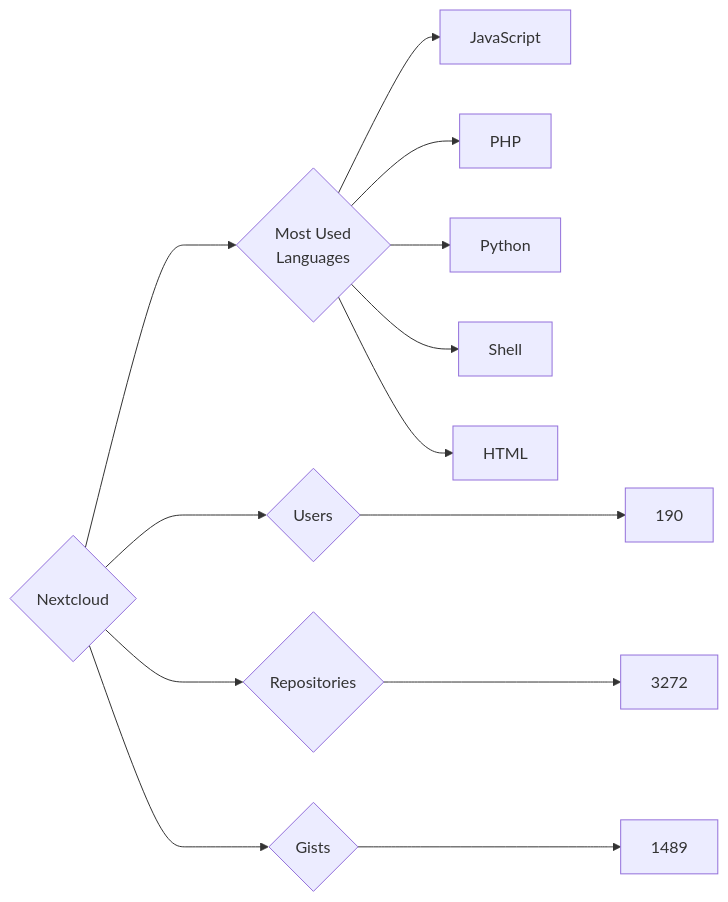
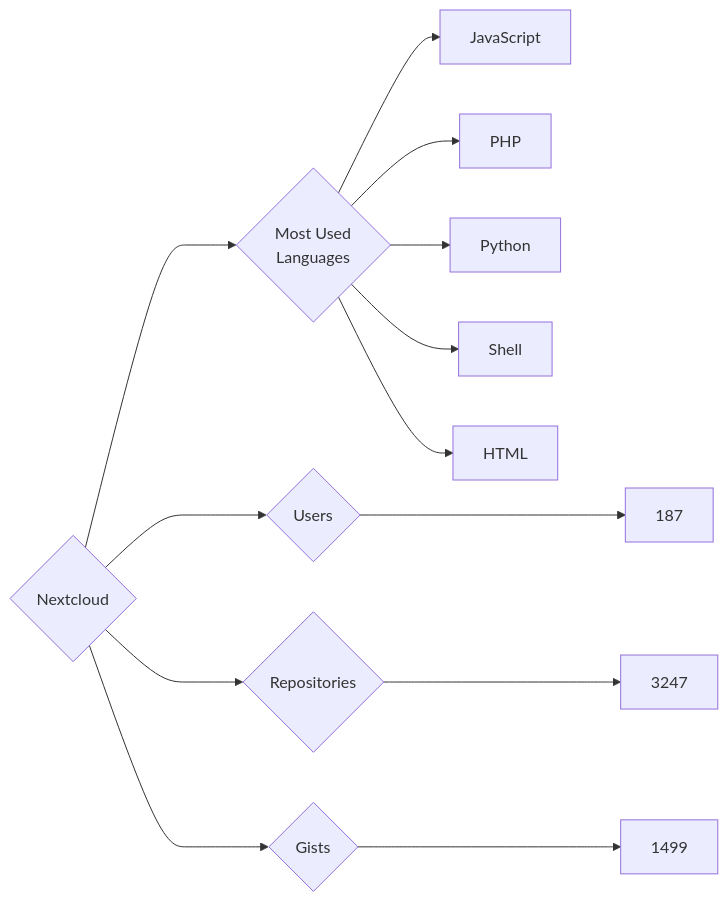
Before and after one commit to trickest/insiders: the diagram in targets/Nextcloud/README.md, drawn with Mermaid. The commit also changed 970 other files, not shown here.

````diff
--- a/targets/Nextcloud/README.md
+++ b/targets/Nextcloud/README.md
@@ -3,13 +3,13 @@
 ```mermaid
 graph LR
 COMPANY_NAME{Nextcloud}
-COMPANY_NAME ---> U{Users} ---> UN[190]
-COMPANY_NAME ---> R{Repositories} ---> RN[3272]
-COMPANY_NAME ---> G{Gists} ---> GN[1489]
+COMPANY_NAME ---> U{Users} ---> UN[187]
+COMPANY_NAME ---> R{Repositories} ---> RN[3247]
+COMPANY_NAME ---> G{Gists} ---> GN[1499]
 COMPANY_NAME ---> ML{Most Used<br>Languages}
 ML --> JavaScript[JavaScript]
 ML --> PHP[PHP]
 ML --> Python[Python]
 ML --> Shell[Shell]
 ML --> HTML[HTML]
 ```
````
